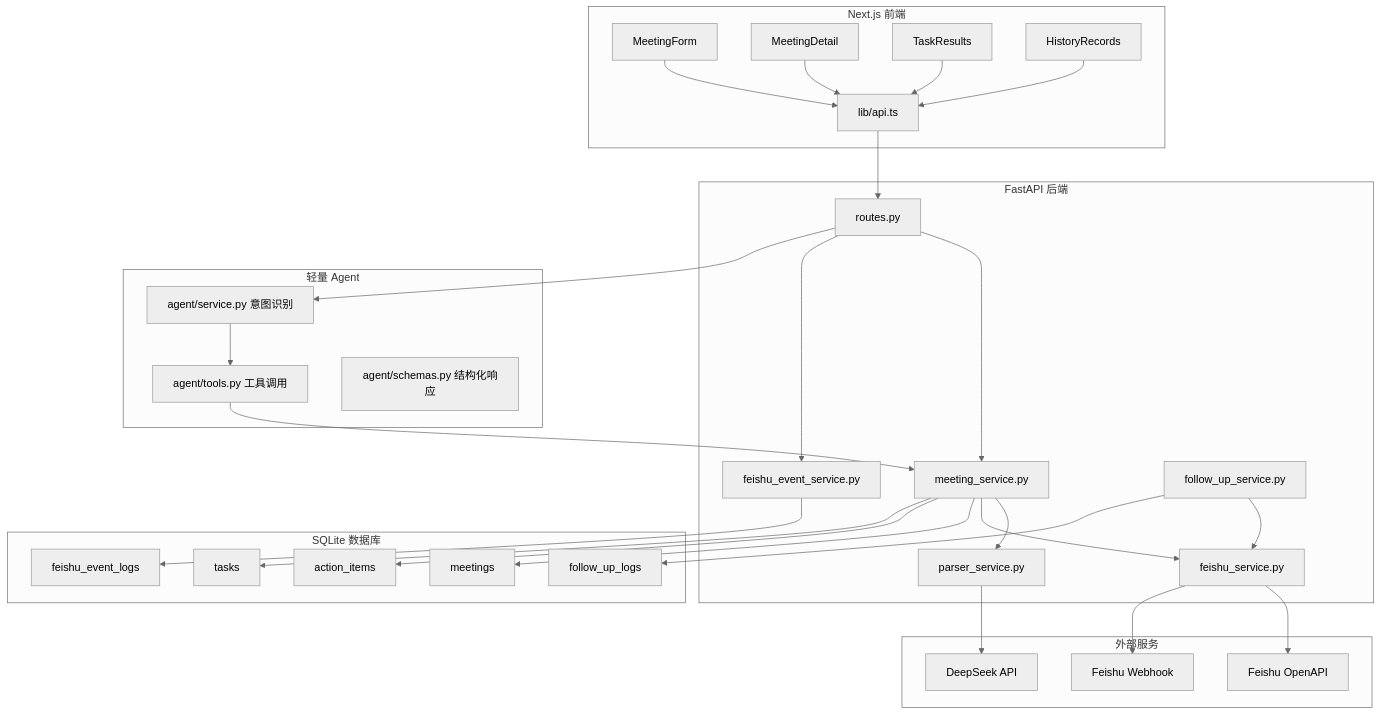
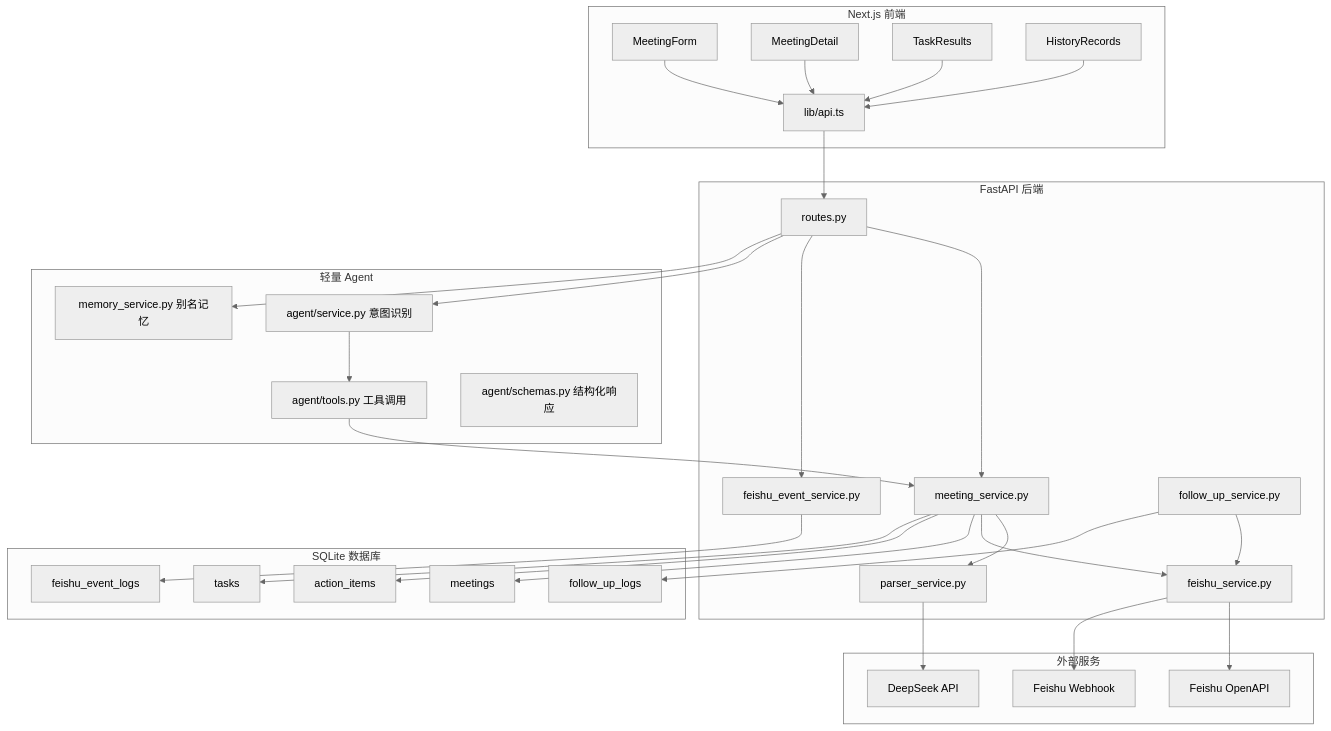
The second of 2 diagrams in README.md (Ping-z330/action_bridge), drawn with Mermaid (neutral theme) before and after one commit. The commit also changed other lines of this file and 2 other files, not shown here.

Commit message:
docs: document memory commands in Feishu help

````diff
--- a/README.md
+++ b/README.md
@@ -90,65 +92,67 @@
 ```mermaid
 flowchart TD
     subgraph Frontend[Next.js 前端]
         F1[MeetingForm]
         F2[MeetingDetail]
         F3[TaskResults]
         F4[HistoryRecords]
         F5[lib/api.ts]
     end
 
     subgraph Backend[FastAPI 后端]
         B1[routes.py]
         B2[meeting_service.py]
         B3[parser_service.py]
         B4[feishu_event_service.py]
         B5[feishu_service.py]
         B6[follow_up_service.py]
     end
 
     subgraph Agent[轻量 Agent]
         A1[agent/service.py 意图识别]
         A2[agent/tools.py 工具调用]
         A3[agent/schemas.py 结构化响应]
+        A4[memory_service.py 别名记忆]
     end
 
     subgraph DB[SQLite 数据库]
         D1[meetings]
         D2[action_items]
         D3[tasks]
         D4[follow_up_logs]
         D5[feishu_event_logs]
     end
 
     subgraph External[外部服务]
         E1[DeepSeek API]
         E2[Feishu OpenAPI]
         E3[Feishu Webhook]
     end
 
     F1 --> F5
     F2 --> F5
     F3 --> F5
     F4 --> F5
     F5 --> B1
 
     B1 --> B2
     B1 --> B4
     B1 --> A1
+    B1 --> A4
     A1 --> A2
     A2 --> B2
 
     B2 --> B3
     B2 --> B5
     B6 --> B5
 
     B3 --> E1
     B5 --> E2
     B5 --> E3
 
     B2 --> D1
     B2 --> D2
     B2 --> D3
     B6 --> D4
     B4 --> D5
 ```
````
